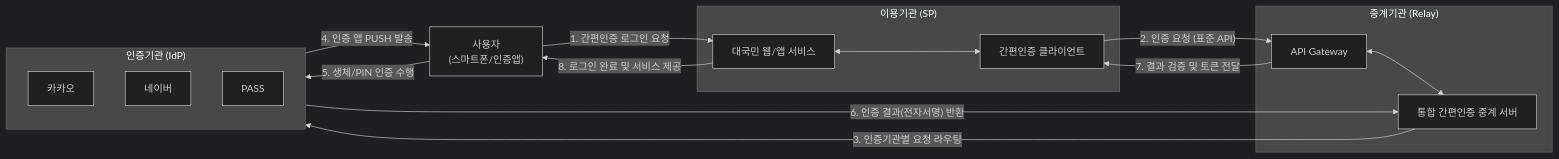
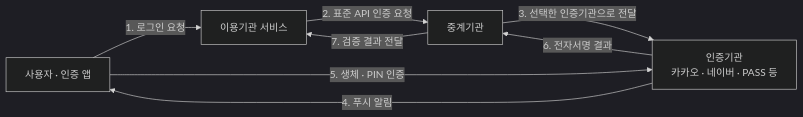
The diagram in content/01_IT Tech/간편인증 인터페이스 가이드라인.md (supremethumb/supremethumb.github.io), drawn with Mermaid (dark theme) before and after one commit. The commit also changed other lines of this file and 1087 other files, not shown here.

````diff
--- a/content/01_IT Tech/간편인증 인터페이스 가이드라인.md
+++ b/content/01_IT Tech/간편인증 인터페이스 가이드라인.md
@@ -17,31 +32,10 @@
 ```mermaid
 flowchart LR
-    User["사용자<br/>(스마트폰/인증앱)"]
-
-    subgraph Service_Provider ["이용기관 (SP)"]
-        Web["대국민 웹/앱 서비스"]
-        Auth_Client["간편인증 클라이언트"]
-        Web <--> Auth_Client
-    end
-
-    subgraph Relay_Agency ["중계기관 (Relay)"]
-        Relay_Server["통합 간편인증 중계 서버"]
-        API_GW["API Gateway"]
-        API_GW <--> Relay_Server
-    end
-
-    subgraph Identity_Provider ["인증기관 (IdP)"]
-        IdP_Kakao["카카오"]
-        IdP_Naver["네이버"]
-        IdP_Pass["PASS"]
-    end
-
-    User -- "1. 간편인증 로그인 요청" --> Web
-    Auth_Client -- "2. 인증 요청 (표준 API)" --> API_GW
-    Relay_Server -- "3. 인증기관별 요청 라우팅" --> Identity_Provider
-    Identity_Provider -- "4. 인증 앱 PUSH 발송" --> User
-    User -- "5. 생체/PIN 인증 수행" --> Identity_Provider
-    Identity_Provider -- "6. 인증 결과(전자서명) 반환" --> Relay_Server
-    API_GW -- "7. 결과 검증 및 토큰 전달" --> Auth_Client
-    Web -- "8. 로그인 완료 및 서비스 제공" --> User
+    U["사용자 · 인증 앱"] -->|"1. 로그인 요청"| SP["이용기관 서비스"]
+    SP -->|"2. 표준 API 인증 요청"| HUB["중계기관"]
+    HUB -->|"3. 선택한 인증기관으로 전달"| IDP["인증기관<br/>카카오 · 네이버 · PASS 등"]
+    IDP -->|"4. 푸시 알림"| U
+    U -->|"5. 생체 · PIN 인증"| IDP
+    IDP -->|"6. 전자서명 결과"| HUB
+    HUB -->|"7. 검증 결과 전달"| SP
 ```
````
